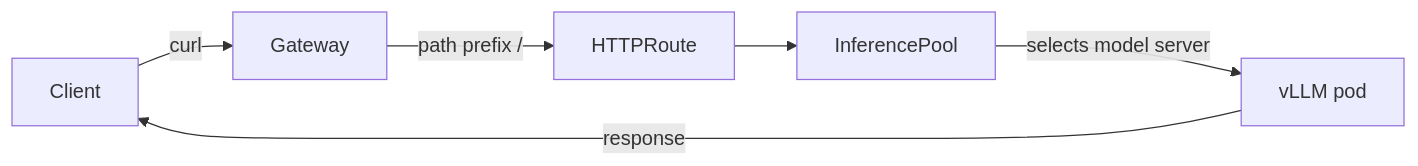
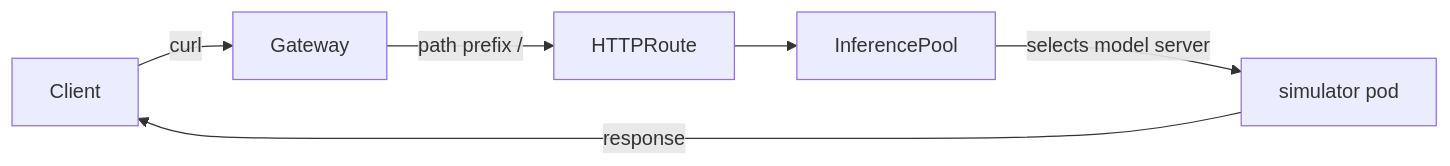
One commit to agentgateway/website changed the second of 2 diagrams in assets/agw-docs/pages/agentgateway/inference.md. Above: the diagram before and after it, drawn with Mermaid. The commit also changed other lines of this file and 3 other files, not shown here.

Commit message:
Add inference pool content routing guide

````diff
--- a/assets/agw-docs/pages/agentgateway/inference.md
+++ b/assets/agw-docs/pages/agentgateway/inference.md
@@ -242,8 +215,8 @@
    ```mermaid
    graph LR
        Client -->|curl| Gateway
        Gateway -->|path prefix /| HTTPRoute
        HTTPRoute --> InferencePool
-       InferencePool -->|selects model server| vLLM["vLLM pod"]
-       vLLM -->|response| Client
+       InferencePool -->|selects model server| Sim["simulator pod"]
+       Sim -->|response| Client
    ```
````
